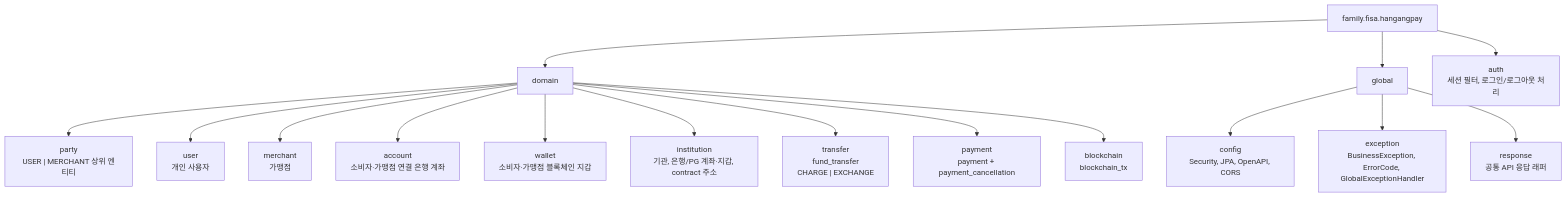
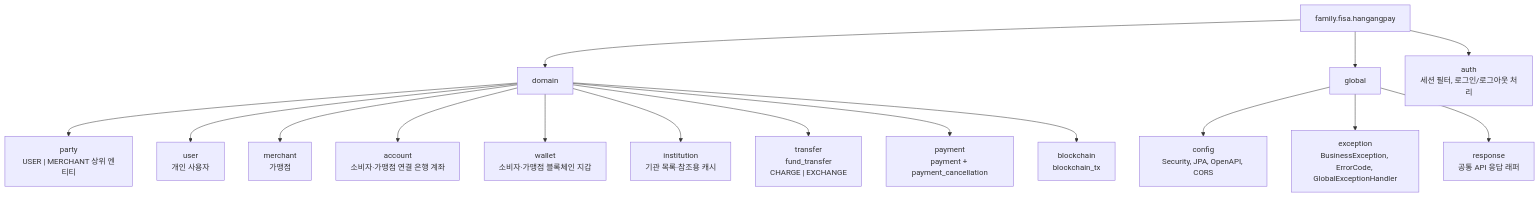
The diagram in hangang-pay-be/docs/package.md (Fisa-Family/hangang-pay), drawn with Mermaid before and after one commit. The commit also changed other lines of this file and 15 other files, not shown here.

````diff
--- a/hangang-pay-be/docs/package.md
+++ b/hangang-pay-be/docs/package.md
@@ -7,21 +7,21 @@
 ```mermaid
 flowchart TD
   root["family.fisa.hangangpay"]
   root --> domain["domain"]
   root --> global["global"]
   root --> auth["auth<br/>세션 필터, 로그인/로그아웃 처리"]
 
   domain --> party["party<br/>USER | MERCHANT 상위 엔티티"]
   domain --> user["user<br/>개인 사용자"]
   domain --> merchant["merchant<br/>가맹점"]
   domain --> account["account<br/>소비자·가맹점 연결 은행 계좌"]
   domain --> wallet["wallet<br/>소비자·가맹점 블록체인 지갑"]
-  domain --> institution["institution<br/>기관, 은행/PG 계좌·지갑, contract 주소"]
+  domain --> institution["institution<br/>기관 목록·참조용 캐시"]
   domain --> transfer["transfer<br/>fund_transfer<br/>CHARGE | EXCHANGE"]
   domain --> payment["payment<br/>payment + payment_cancellation"]
   domain --> blockchain["blockchain<br/>blockchain_tx"]
 
   global --> config["config<br/>Security, JPA, OpenAPI, CORS"]
   global --> exception["exception<br/>BusinessException, ErrorCode, GlobalExceptionHandler"]
   global --> response["response<br/>공통 API 응답 래퍼"]
 ```
````
